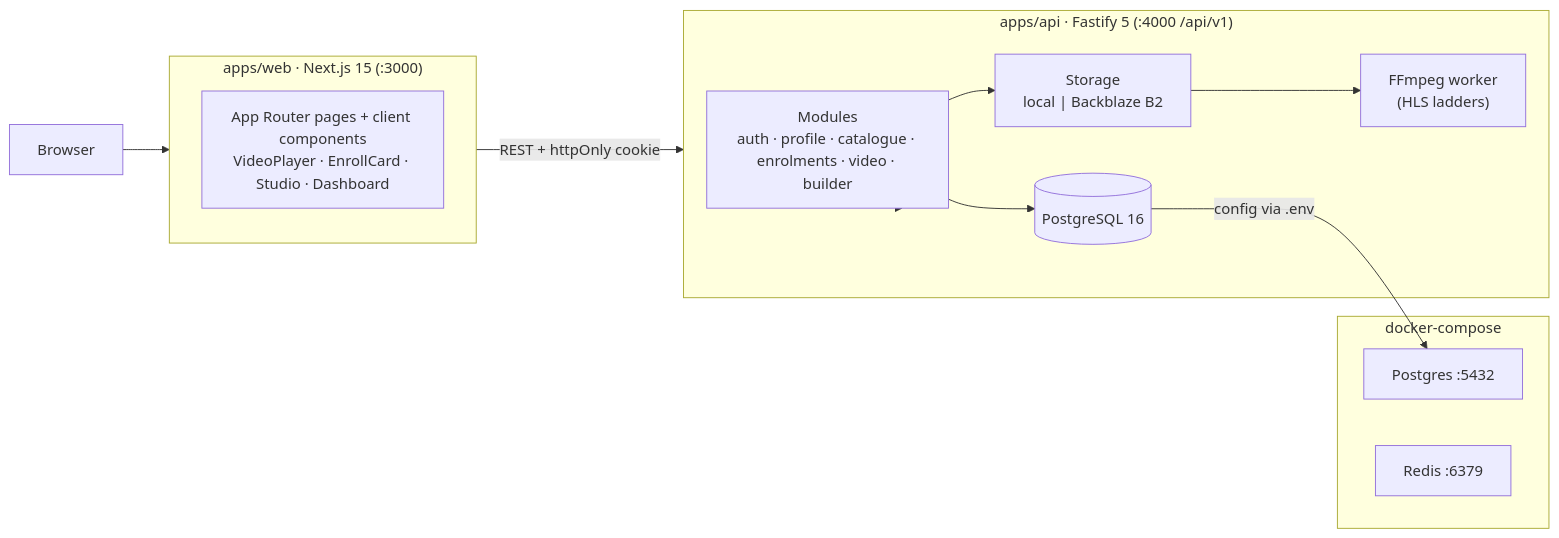
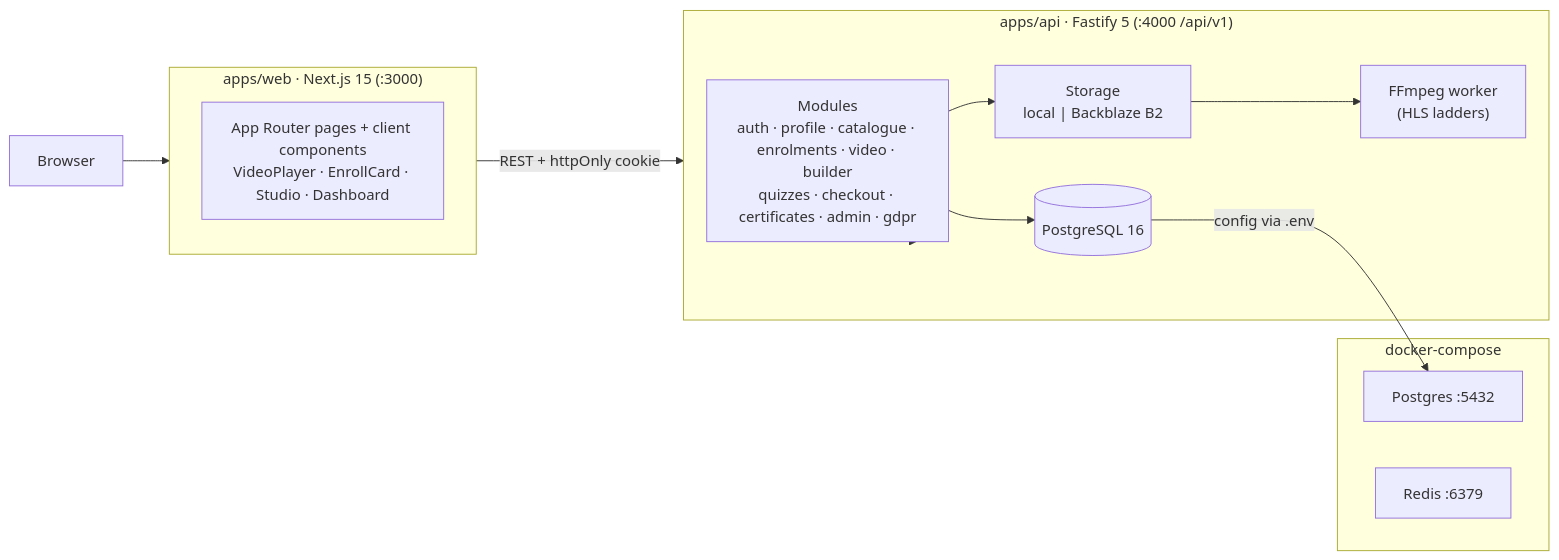
Before and after one commit to Godwin-88/laughing-waffle: the diagram in README.md, drawn with Mermaid. The commit also changed other lines of this file and 37 other files, not shown here.

Commit message:
feat(api,web,docs): add admin control panel and GDPR self-service (US-7.1.x, US-7.2.1)

````diff
--- a/README.md
+++ b/README.md
@@ -10,19 +10,19 @@
 ```mermaid
 flowchart LR
     subgraph Web["apps/web · Next.js 15 (:3000)"]
         W["App Router pages + client components<br/>VideoPlayer · EnrollCard · Studio · Dashboard"]
     end
     subgraph API["apps/api · Fastify 5 (:4000 /api/v1)"]
-        M["Modules<br/>auth · profile · catalogue · enrolments · video · builder"]
+        M["Modules<br/>auth · profile · catalogue · enrolments · video · builder<br/>quizzes · checkout · certificates · admin · gdpr"]
         DB[("PostgreSQL 16")]
         S3["Storage<br/>local | Backblaze B2"]
         FF["FFmpeg worker<br/>(HLS ladders)"]
     end
     subgraph Infra["docker-compose"]
         PG["Postgres :5432"] & RD["Redis :6379"]
     end
     Browser --> Web -->|REST + httpOnly cookie| API
     API --> M --> DB
     M --> S3 --> FF
     DB -->|config via .env| PG
 ```
````
